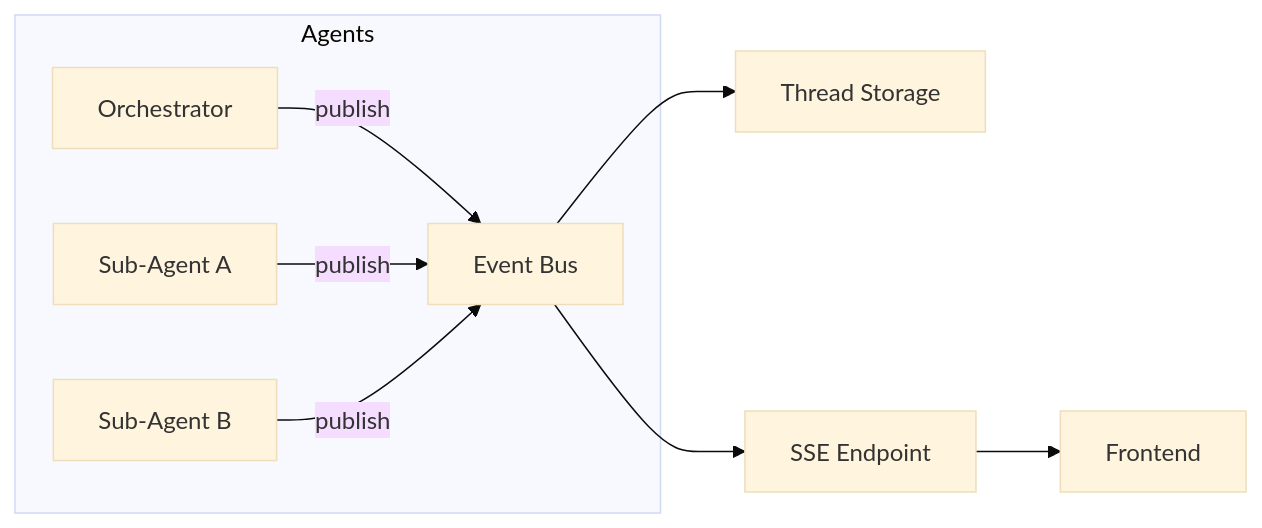
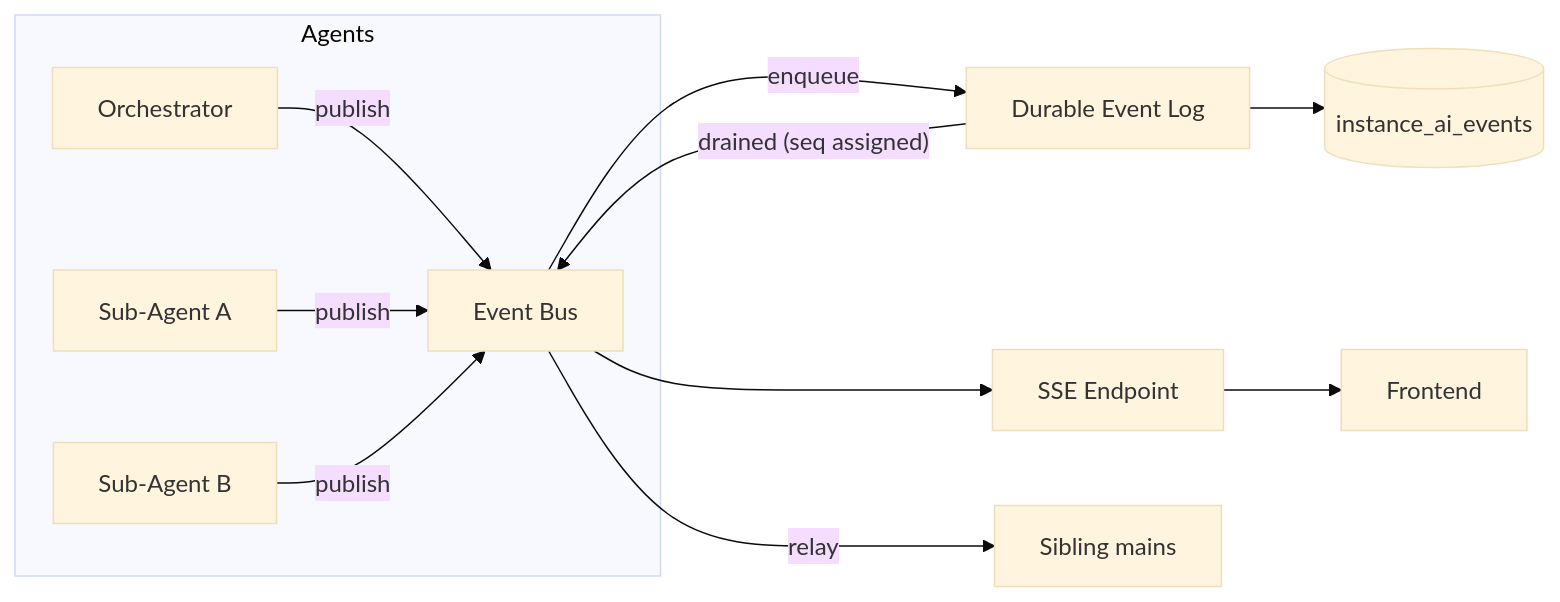
One commit to koreatest12/studys changed the diagram in n8n_integration/n8n_source/packages/@n8n/instance-ai/docs/streaming-protocol.md. Above: the diagram before and after it, drawn with Mermaid (base theme). The commit also changed other lines of this file and 23019 other files, not shown here.

````diff
--- a/n8n_integration/n8n_source/packages/@n8n/instance-ai/docs/streaming-protocol.md
+++ b/n8n_integration/n8n_source/packages/@n8n/instance-ai/docs/streaming-protocol.md
@@ -392,12 +542,15 @@
 ```mermaid
 graph LR
     subgraph Agents
         O[Orchestrator] -->|publish| Bus[Event Bus]
         S1[Sub-Agent A] -->|publish| Bus
         S2[Sub-Agent B] -->|publish| Bus
     end
 
-    Bus --> Store[Thread Storage]
+    Bus -->|enqueue| Log[Durable Event Log]
+    Log -->|"drained (seq assigned)"| Bus
+    Log --> DB[(instance_ai_events)]
     Bus --> SSE[SSE Endpoint]
+    Bus -->|relay| Siblings[Sibling mains]
     SSE --> FE[Frontend]
 ```
````
